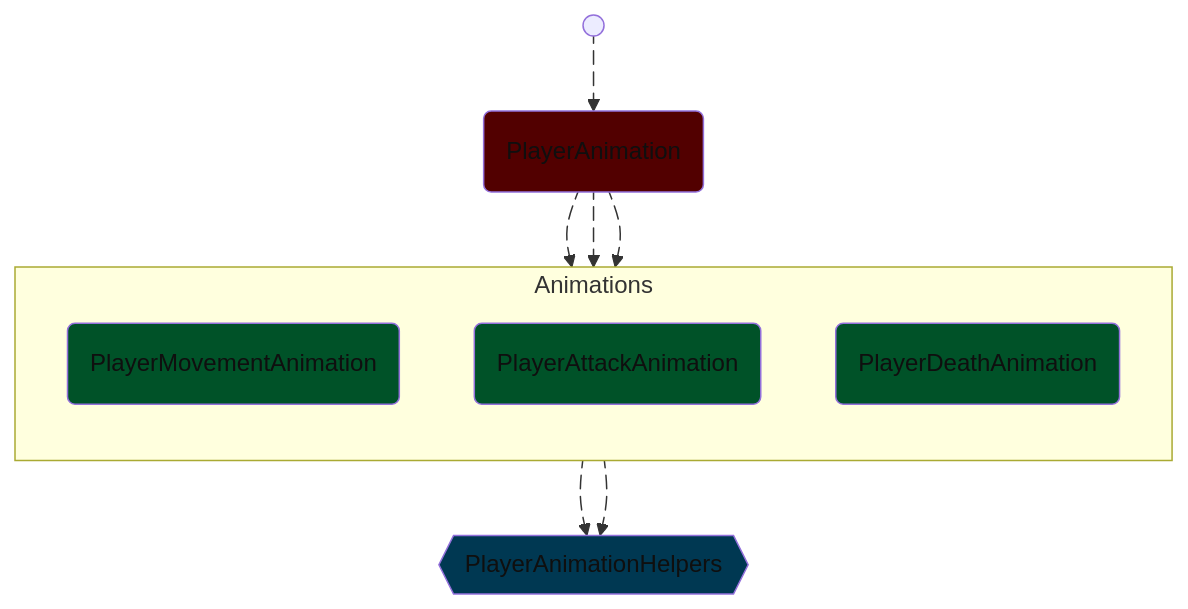
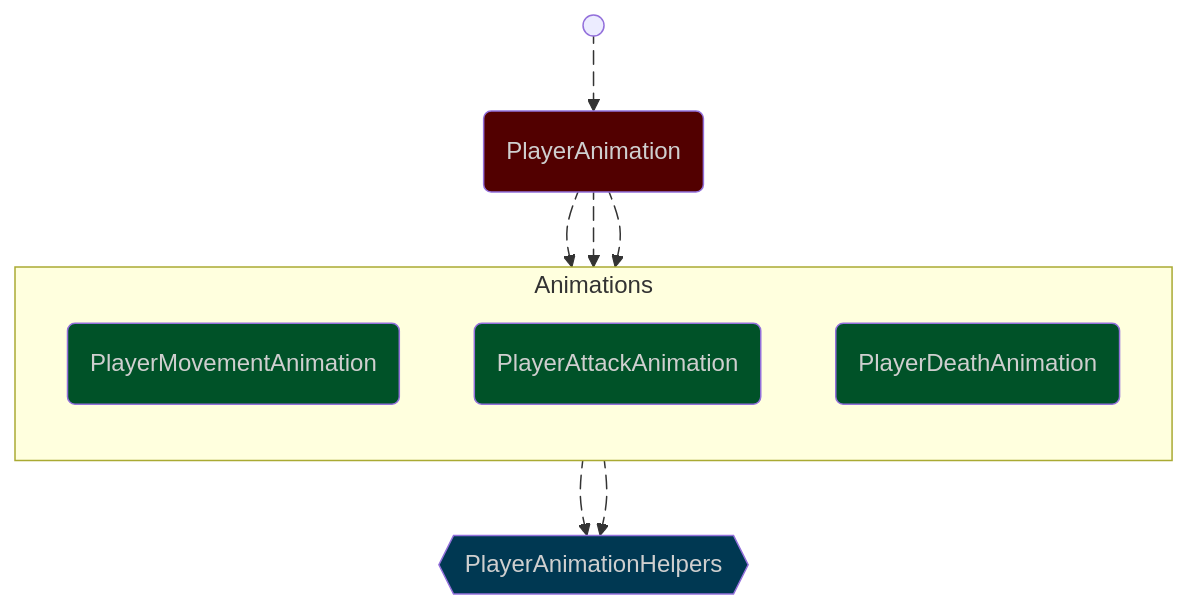
One commit to wenzzzel/untitled-multiplayer-game changed the diagram in README.md. Above: the diagram before and after it, drawn with Mermaid.

````diff
--- a/README.md
+++ b/README.md
@@ -31,38 +31,38 @@
 ```mermaid
 flowchart TB
     START@{ shape: sm-circ, label: "Small start" }
 
     START e7@--> PA(PlayerAnimation)
     
     subgraph test [Animations]
         direction TB
         PMA(PlayerMovementAnimation)
         PAA(PlayerAttackAnimation)
         PDA(PlayerDeathAnimation)
     end
 
     PAH{{PlayerAnimationHelpers}}
 
     PA e1@--> PMA 
     PA e2@--> PAA
     PA e3@--> PDA
 
     PAA e5@--> PAH
     PDA e6@--> PAH
 
     e1@{ animate: true }
     e2@{ animate: true }
     e3@{ animate: true }
     e5@{ animate: true }
     e6@{ animate: true }
     e7@{ animate: true }
 
-    classDef EntryPoint fill:#520000,color:#0f0f0f
+    classDef EntryPoint fill:#520000,color:#cfcfcf
     class PA EntryPoint
 
-    classDef Animations fill:#005228,color:#0f0f0f
+    classDef Animations fill:#005228,color:#cfcfcf
     class PMA,PAA,PDA Animations
 
-    classDef Helpers fill:#003852,color:#0f0f0f
+    classDef Helpers fill:#003852,color:#cfcfcf
     class PAH Helpers
 ```
````
